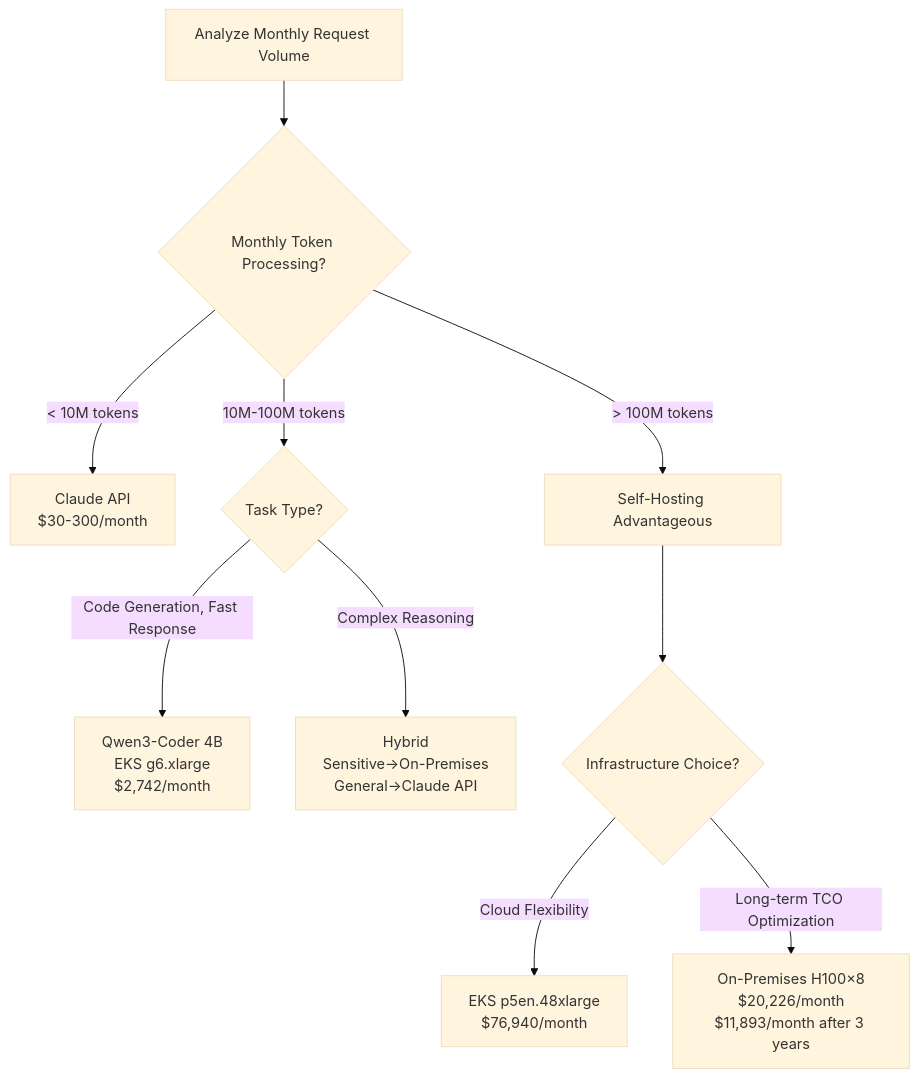
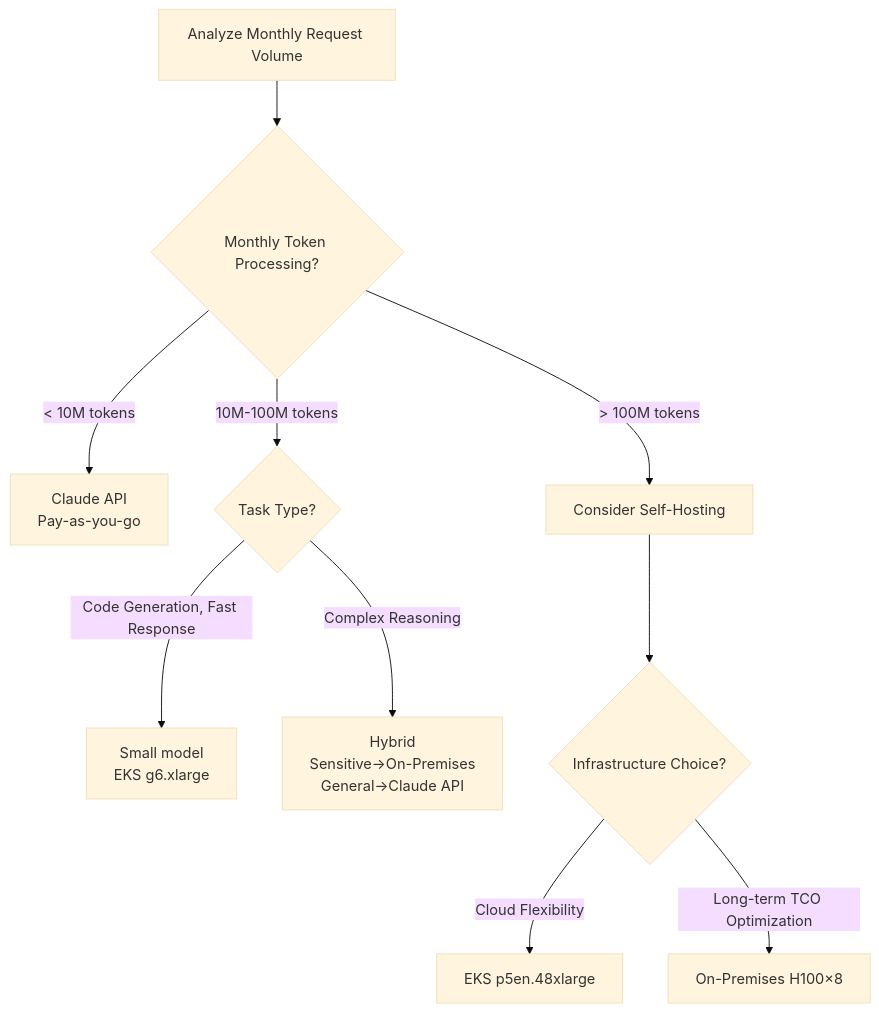
The fourth of 4 diagrams in docs/aidlc/toolchain/open-weight-models.md (devfloor9/engineering-playbook), drawn with Mermaid (base theme) before and after one commit. The commit also changed other lines of this file and 3 other files, not shown here.

````diff
--- a/docs/aidlc/toolchain/open-weight-models.md
+++ b/docs/aidlc/toolchain/open-weight-models.md
@@ -243,12 +255,12 @@
 ```mermaid
 graph TD
     A[Analyze Monthly Request Volume] --> B{Monthly Token Processing?}
-    B -->|< 10M tokens| C[Claude API<br/>$30-300/month]
+    B -->|< 10M tokens| C[Claude API<br/>Pay-as-you-go]
     B -->|10M-100M tokens| D{Task Type?}
-    B -->|> 100M tokens| E[Self-Hosting Advantageous]
-    D -->|Code Generation, Fast Response| F[Qwen3-Coder 4B<br/>EKS g6.xlarge<br/>$2,742/month]
+    B -->|> 100M tokens| E[Consider Self-Hosting]
+    D -->|Code Generation, Fast Response| F[Small model<br/>EKS g6.xlarge]
     D -->|Complex Reasoning| G[Hybrid<br/>Sensitive→On-Premises<br/>General→Claude API]
     E --> H{Infrastructure Choice?}
-    H -->|Cloud Flexibility| I[EKS p5en.48xlarge<br/>$76,940/month]
-    H -->|Long-term TCO Optimization| J[On-Premises H100×8<br/>$20,226/month<br/>$11,893/month after 3 years]
+    H -->|Cloud Flexibility| I[EKS p5en.48xlarge]
+    H -->|Long-term TCO Optimization| J[On-Premises H100×8]
 ```
````
